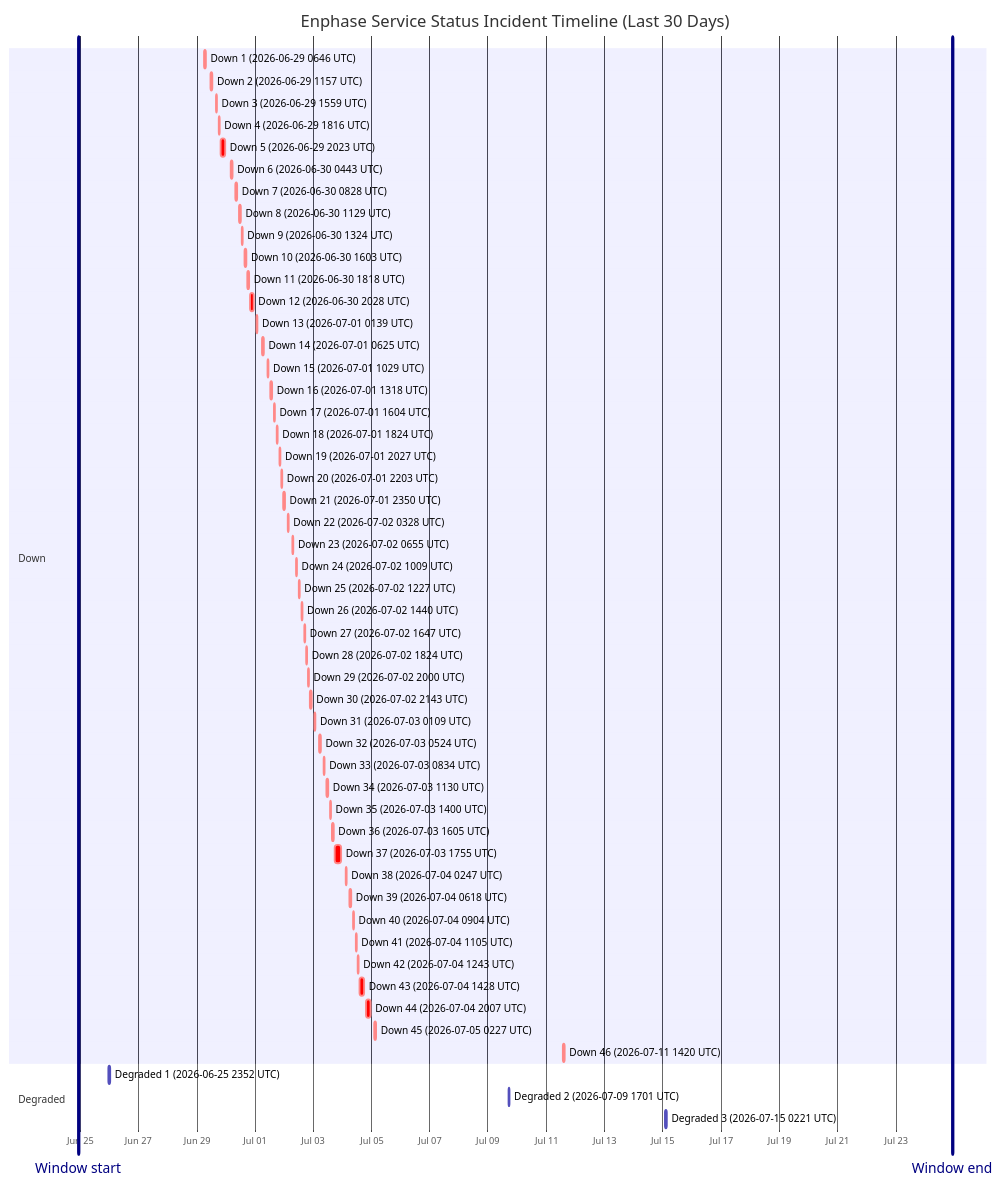
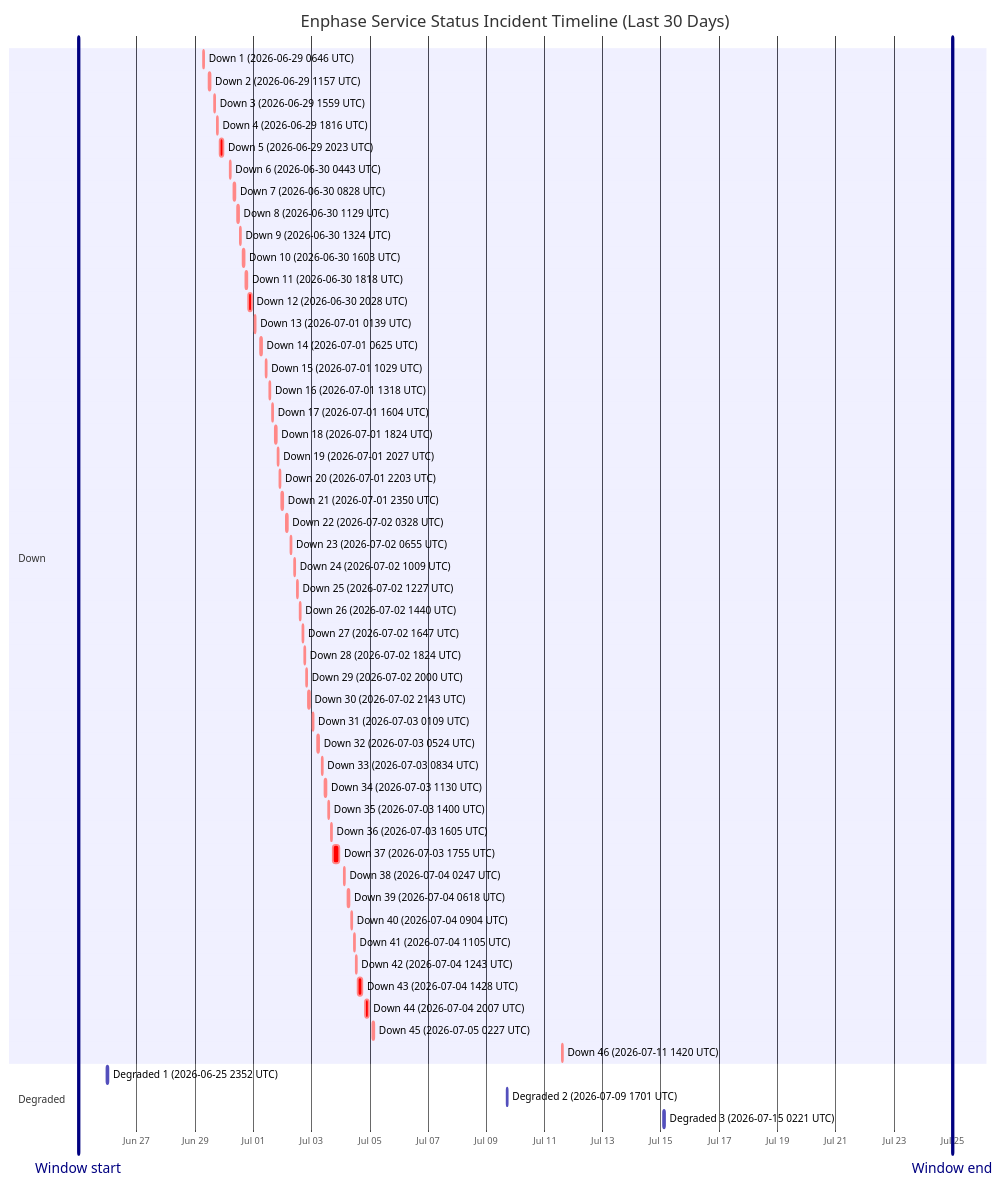
Before and after one commit to barneyonline/ha-enphase-energy: the diagram in wiki/Service-Status-History.md, drawn with Mermaid. The commit also changed other lines of this file and 3 other files, not shown here.

````diff
--- a/wiki/Service-Status-History.md
+++ b/wiki/Service-Status-History.md
@@ -14,59 +14,59 @@
 ```mermaid
 gantt
     title Enphase Service Status Incident Timeline (Last 30 Days)
     dateFormat  YYYY-MM-DDTHH:mm:ss
     axisFormat  %b %d
-    Window start :vert, window-start, 2026-06-24T22:33:55, 0ms
-    Window end :vert, window-end, 2026-07-24T22:33:55, 0ms
+    Window start :vert, window-start, 2026-06-25T00:02:16, 0ms
+    Window end :vert, window-end, 2026-07-25T00:02:16, 0ms
     section Down
     Down 1 (2026-06-29 0646 UTC) :crit, down-1, 2026-06-29T06:46:18, 60m
     Down 2 (2026-06-29 1157 UTC) :crit, down-2, 2026-06-29T11:57:36, 60m
     Down 3 (2026-06-29 1559 UTC) :crit, down-3, 2026-06-29T15:59:02, 60m
     Down 4 (2026-06-29 1816 UTC) :crit, down-4, 2026-06-29T18:16:38, 60m
     Down 5 (2026-06-29 2023 UTC) :crit, down-5, 2026-06-29T20:23:16, 220m
     Down 6 (2026-06-30 0443 UTC) :crit, down-6, 2026-06-30T04:43:54, 60m
     Down 7 (2026-06-30 0828 UTC) :crit, down-7, 2026-06-30T08:28:43, 60m
     Down 8 (2026-06-30 1129 UTC) :crit, down-8, 2026-06-30T11:29:15, 60m
     Down 9 (2026-06-30 1324 UTC) :crit, down-9, 2026-06-30T13:24:25, 60m
     Down 10 (2026-06-30 1603 UTC) :crit, down-10, 2026-06-30T16:03:26, 60m
     Down 11 (2026-06-30 1818 UTC) :crit, down-11, 2026-06-30T18:18:39, 60m
     Down 12 (2026-06-30 2028 UTC) :crit, down-12, 2026-06-30T20:28:54, 171m
     Down 13 (2026-07-01 0139 UTC) :crit, down-13, 2026-07-01T01:39:18, 60m
     Down 14 (2026-07-01 0625 UTC) :crit, down-14, 2026-07-01T06:25:35, 60m
     Down 15 (2026-07-01 1029 UTC) :crit, down-15, 2026-07-01T10:29:24, 60m
     Down 16 (2026-07-01 1318 UTC) :crit, down-16, 2026-07-01T13:18:31, 60m
     Down 17 (2026-07-01 1604 UTC) :crit, down-17, 2026-07-01T16:04:29, 60m
     Down 18 (2026-07-01 1824 UTC) :crit, down-18, 2026-07-01T18:24:21, 60m
     Down 19 (2026-07-01 2027 UTC) :crit, down-19, 2026-07-01T20:27:17, 60m
     Down 20 (2026-07-01 2203 UTC) :crit, down-20, 2026-07-01T22:03:46, 60m
     Down 21 (2026-07-01 2350 UTC) :crit, down-21, 2026-07-01T23:50:52, 60m
     Down 22 (2026-07-02 0328 UTC) :crit, down-22, 2026-07-02T03:28:33, 60m
     Down 23 (2026-07-02 0655 UTC) :crit, down-23, 2026-07-02T06:55:07, 60m
     Down 24 (2026-07-02 1009 UTC) :crit, down-24, 2026-07-02T10:09:15, 60m
     Down 25 (2026-07-02 1227 UTC) :crit, down-25, 2026-07-02T12:27:49, 60m
     Down 26 (2026-07-02 1440 UTC) :crit, down-26, 2026-07-02T14:40:53, 60m
     Down 27 (2026-07-02 1647 UTC) :crit, down-27, 2026-07-02T16:47:47, 60m
     Down 28 (2026-07-02 1824 UTC) :crit, down-28, 2026-07-02T18:24:26, 60m
     Down 29 (2026-07-02 2000 UTC) :crit, down-29, 2026-07-02T20:00:57, 60m
     Down 30 (2026-07-02 2143 UTC) :crit, down-30, 2026-07-02T21:43:52, 80m
     Down 31 (2026-07-03 0109 UTC) :crit, down-31, 2026-07-03T01:09:19, 60m
     Down 32 (2026-07-03 0524 UTC) :crit, down-32, 2026-07-03T05:24:23, 60m
     Down 33 (2026-07-03 0834 UTC) :crit, down-33, 2026-07-03T08:34:05, 60m
     Down 34 (2026-07-03 1130 UTC) :crit, down-34, 2026-07-03T11:30:41, 60m
     Down 35 (2026-07-03 1400 UTC) :crit, down-35, 2026-07-03T14:00:48, 60m
     Down 36 (2026-07-03 1605 UTC) :crit, down-36, 2026-07-03T16:05:49, 60m
     Down 37 (2026-07-03 1755 UTC) :crit, down-37, 2026-07-03T17:55:54, 338m
     Down 38 (2026-07-04 0247 UTC) :crit, down-38, 2026-07-04T02:47:22, 60m
     Down 39 (2026-07-04 0618 UTC) :crit, down-39, 2026-07-04T06:18:09, 60m
     Down 40 (2026-07-04 0904 UTC) :crit, down-40, 2026-07-04T09:04:41, 60m
     Down 41 (2026-07-04 1105 UTC) :crit, down-41, 2026-07-04T11:05:21, 60m
     Down 42 (2026-07-04 1243 UTC) :crit, down-42, 2026-07-04T12:43:25, 60m
     Down 43 (2026-07-04 1428 UTC) :crit, down-43, 2026-07-04T14:28:07, 243m
     Down 44 (2026-07-04 2007 UTC) :crit, down-44, 2026-07-04T20:07:50, 206m
     Down 45 (2026-07-05 0227 UTC) :crit, down-45, 2026-07-05T02:27:32, 109m
     Down 46 (2026-07-11 1420 UTC) :crit, down-46, 2026-07-11T14:20:54, 69m
     section Degraded
     Degraded 1 (2026-06-25 2352 UTC) :active, degraded-1, 2026-06-25T23:52:01, 60m
     Degraded 2 (2026-07-09 1701 UTC) :active, degraded-2, 2026-07-09T17:01:02, 60m
     Degraded 3 (2026-07-15 0221 UTC) :active, degraded-3, 2026-07-15T02:21:35, 60m
 ```
````
